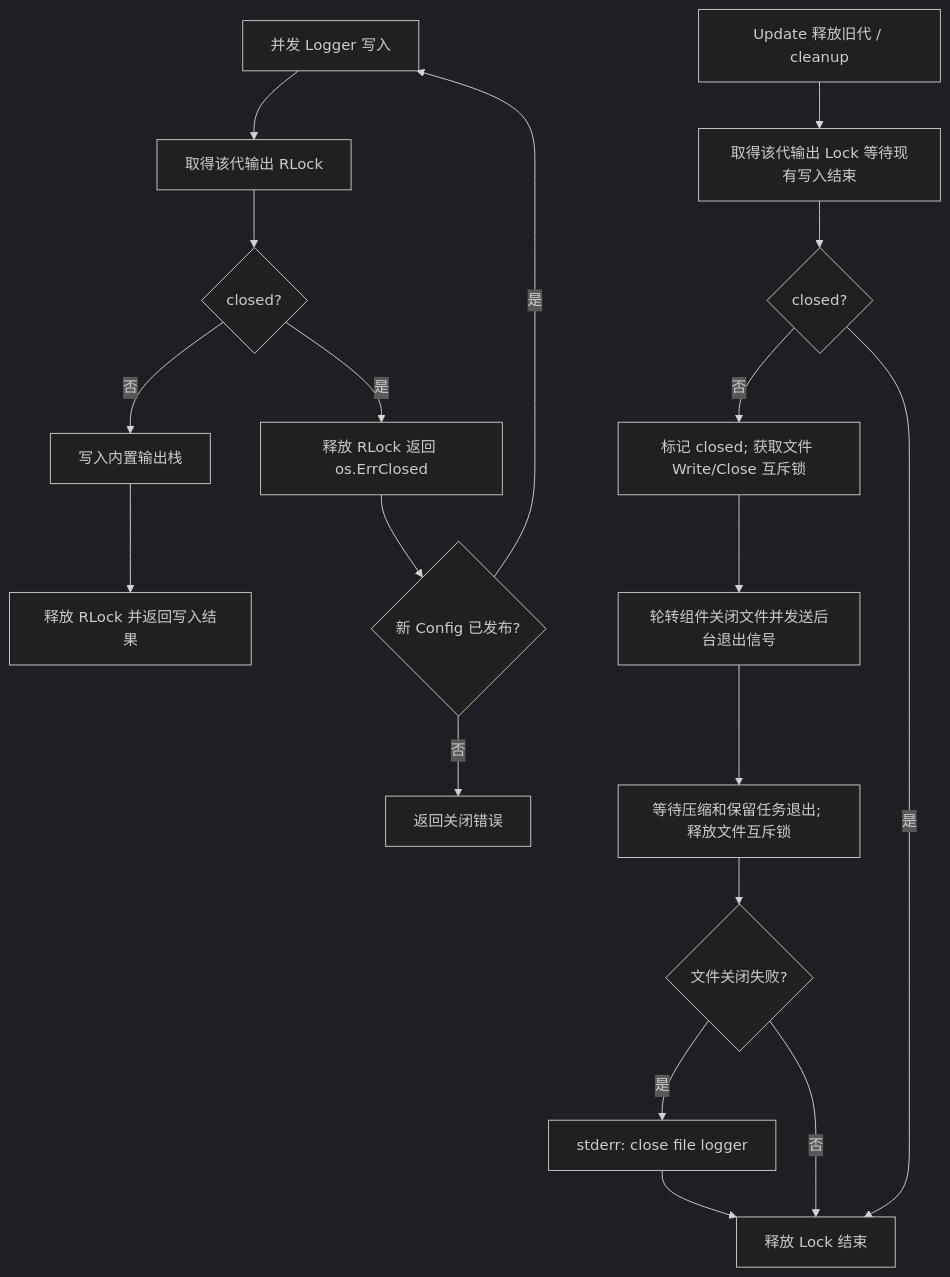
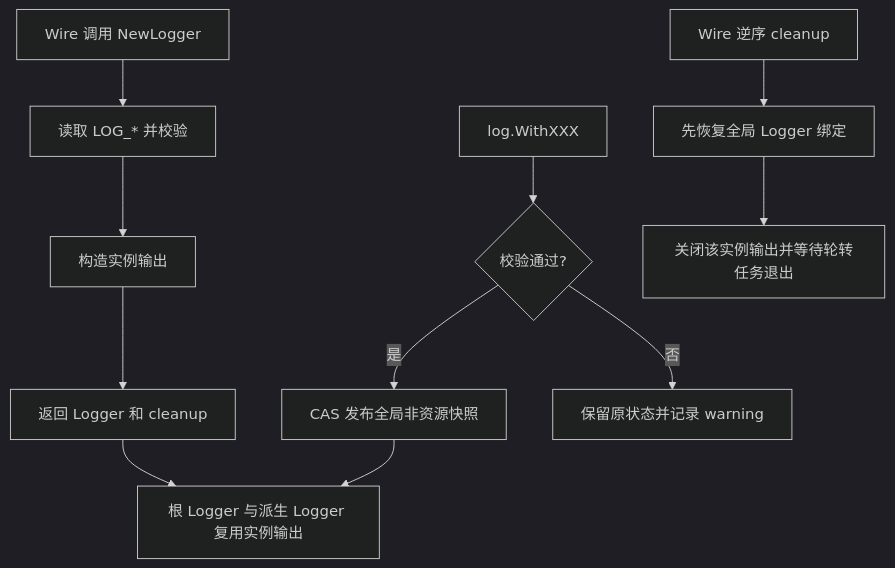
The first of 2 diagrams in pkg/log/README.md (jaggerzhuang1994/kratos-foundation), drawn with Mermaid (dark theme) before and after one commit. The commit also changed other lines of this file and 87 other files, not shown here.

````diff
--- a/pkg/log/README.md
+++ b/pkg/log/README.md
@@ -62,21 +25,13 @@
 ```mermaid
 flowchart TD
-    A[并发 Logger 写入] --> B[取得该代输出 RLock]
-    B --> C{closed?}
-    C -->|否| D[写入内置输出栈]
-    D --> E[释放 RLock 并返回写入结果]
-    C -->|是| F[释放 RLock 返回 os.ErrClosed]
-    F --> G{新 Config 已发布?}
-    G -->|是| A
-    G -->|否| H[返回关闭错误]
-    I[Update 释放旧代 / cleanup] --> J[取得该代输出 Lock 等待现有写入结束]
-    J --> K{closed?}
-    K -->|否| L[标记 closed; 获取文件 Write/Close 互斥锁]
-    L --> R[轮转组件关闭文件并发送后台退出信号]
-    R --> S[等待压缩和保留任务退出; 释放文件互斥锁]
-    S --> M{文件关闭失败?}
-    M -->|是| N[stderr: close file logger]
-    N --> O[释放 Lock 结束]
-    M -->|否| O
-    K -->|是| O
+    A[Wire 调用 NewLogger] --> B[读取 LOG_* 并校验]
+    B --> C[构造实例输出]
+    C --> D[返回 Logger 和 cleanup]
+    D --> E[根 Logger 与派生 Logger 复用实例输出]
+    F[log.WithXXX] --> G{校验通过?}
+    G -- 是 --> H[CAS 发布全局非资源快照]
+    G -- 否 --> I[保留原状态并记录 warning]
+    H --> E
+    J[Wire 逆序 cleanup] --> K[先恢复全局 Logger 绑定]
+    K --> L[关闭该实例输出并等待轮转任务退出]
 ```
````
